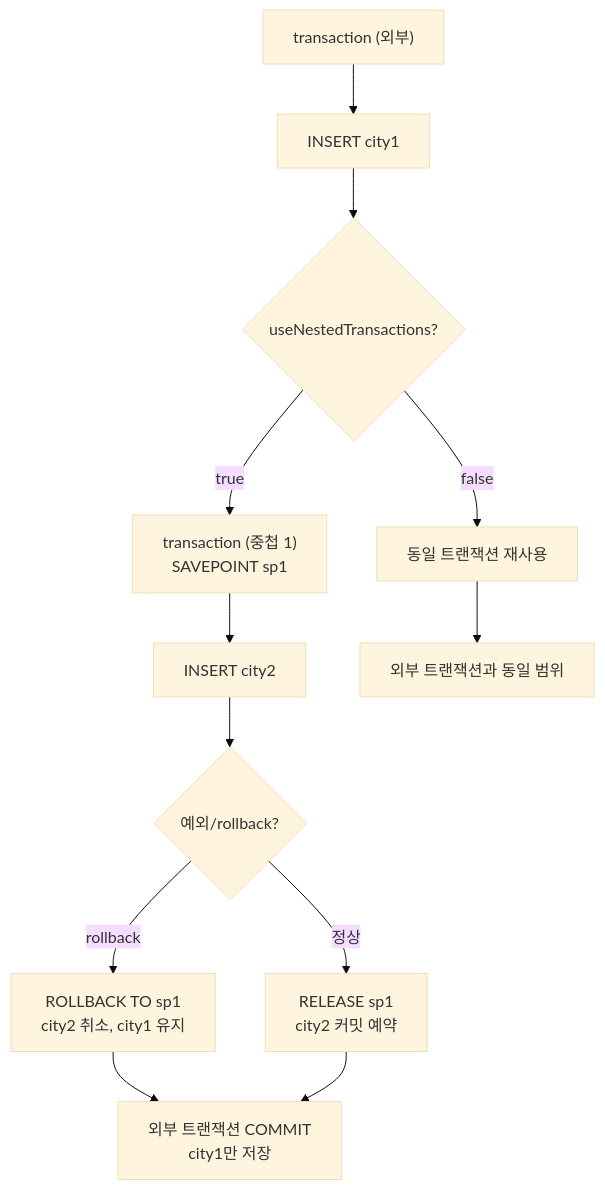
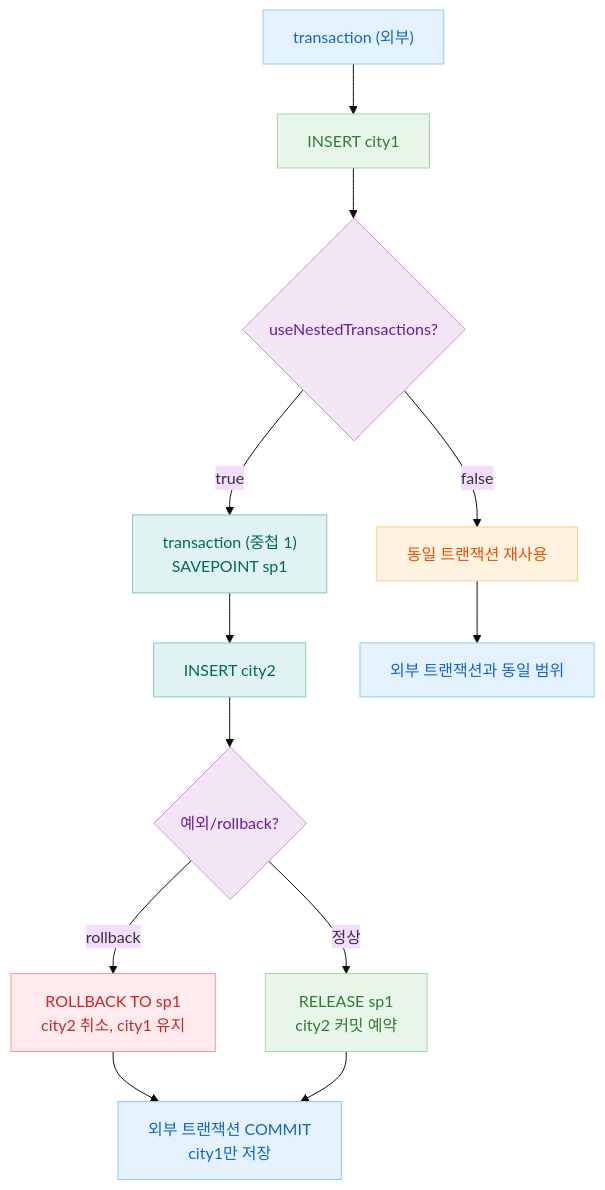
The first of 2 diagrams in 05-exposed-dml/04-transactions/README.md (bluetape4k/exposed-workshop), drawn with Mermaid (base theme) before and after one commit. The commit also changed 56 other files, not shown here.

First line of the commit message:
docs: 전체 README mermaid 다이어그램에 파스텔 톤 색상 적용

````diff
--- a/05-exposed-dml/04-transactions/README.md
+++ b/05-exposed-dml/04-transactions/README.md
@@ -95,14 +95,31 @@
 ```mermaid
 flowchart TD
     A["transaction (외부)"] --> B["INSERT city1"]
     B --> C{"useNestedTransactions?"}
     C -->|true| D["transaction (중첩 1)\nSAVEPOINT sp1"]
     C -->|false| E["동일 트랜잭션 재사용"]
     D --> F["INSERT city2"]
     F --> G{예외/rollback?}
     G -->|rollback| H["ROLLBACK TO sp1\ncity2 취소, city1 유지"]
     G -->|정상| I["RELEASE sp1\ncity2 커밋 예약"]
     H --> J["외부 트랜잭션 COMMIT\ncity1만 저장"]
     I --> J
     E --> K["외부 트랜잭션과 동일 범위"]
+
+    classDef blue fill:#E3F2FD,stroke:#90CAF9,color:#1565C0
+    classDef green fill:#E8F5E9,stroke:#A5D6A7,color:#2E7D32
+    classDef purple fill:#F3E5F5,stroke:#CE93D8,color:#6A1B9A
+    classDef orange fill:#FFF3E0,stroke:#FFCC80,color:#E65100
+    classDef red fill:#FFEBEE,stroke:#EF9A9A,color:#C62828
+    classDef teal fill:#E0F2F1,stroke:#80CBC4,color:#00695C
+
+    class A blue
+    class B green
+    class C purple
+    class D,F teal
+    class E orange
+    class G purple
+    class H red
+    class I green
+    class J,K blue
 ```
````
